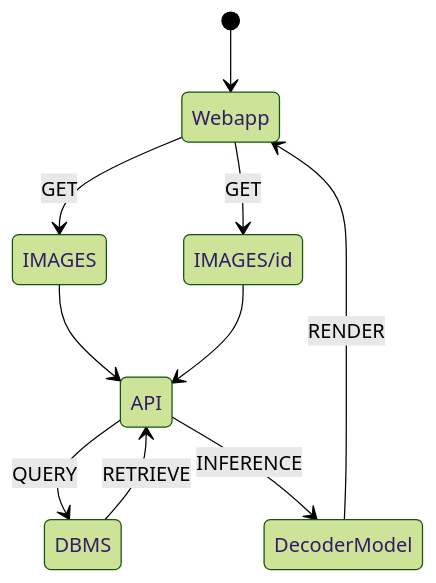
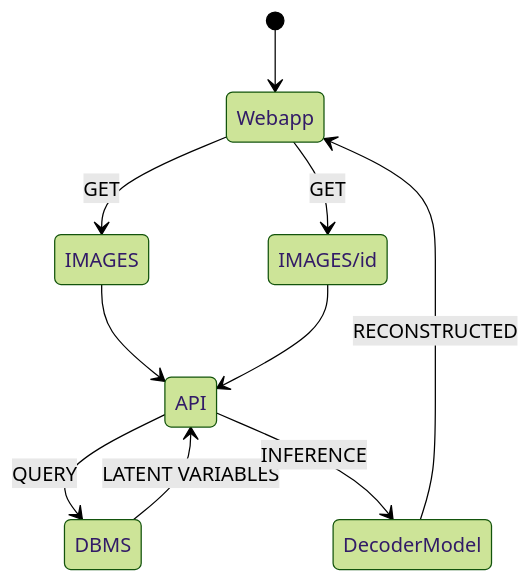
Before and after one commit to ciCciC/ImageCompressorProject: the diagram in README.md, drawn with Mermaid (forest theme). The commit also changed other lines of this file and 4 other files, not shown here.

````diff
--- a/README.md
+++ b/README.md
@@ -21,12 +22,12 @@
 ```mermaid
 stateDiagram
     [*] --> Webapp
     Webapp --> IMAGES : GET
     Webapp --> IMAGES/id : GET
     IMAGES --> API
     IMAGES/id --> API
     API --> DBMS : QUERY
-    DBMS --> API : RETRIEVE
+    DBMS --> API : LATENT VARIABLES
     API --> DecoderModel : INFERENCE
-    DecoderModel --> Webapp : RENDER
+    DecoderModel --> Webapp : RECONSTRUCTED
 ```
````
